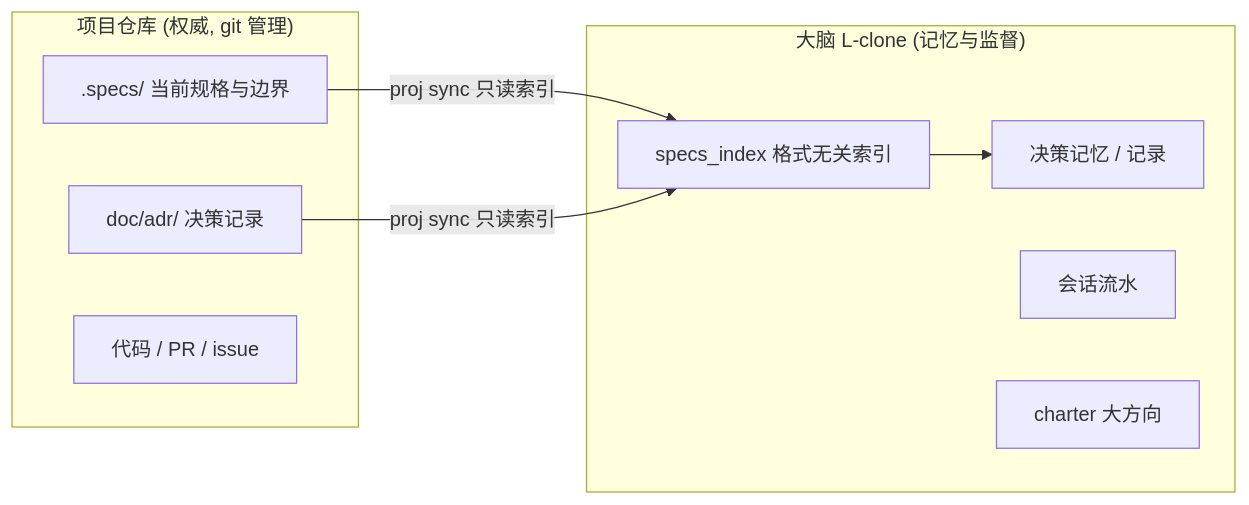
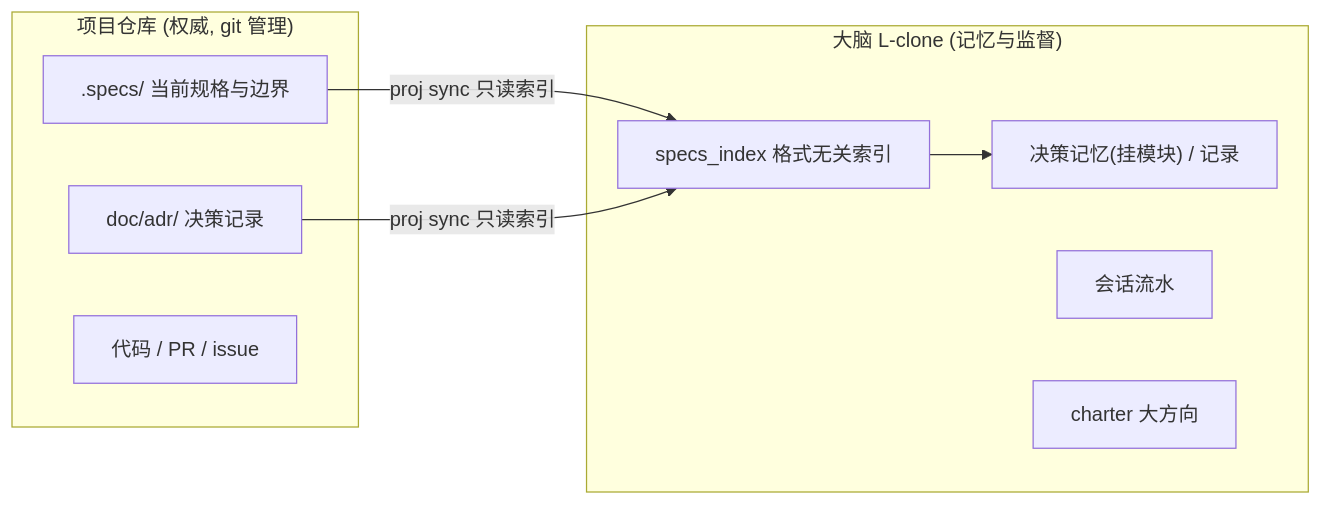
The sixth of 6 diagrams in docs/ARCHITECTURE.md (ljzRober/L-clone), drawn with Mermaid before and after one commit. The commit also changed other lines of this file and 16 other files, not shown here.

````diff
--- a/docs/ARCHITECTURE.md
+++ b/docs/ARCHITECTURE.md
@@ -193,17 +235,17 @@
 ```mermaid
 flowchart LR
     subgraph PROJECT["项目仓库 (权威, git 管理)"]
         SPEC[".specs/ 当前规格与边界"]
         ADR["doc/adr/ 决策记录"]
         CODE["代码 / PR / issue"]
     end
     subgraph BRAIN["大脑 L-clone (记忆与监督)"]
         IDX["specs_index 格式无关索引"]
-        DEC["决策记忆 / 记录"]
+        DEC["决策记忆(挂模块) / 记录"]
         SES["会话流水"]
         CH["charter 大方向"]
     end
     SPEC -->|"proj sync 只读索引"| IDX
     ADR -->|"proj sync 只读索引"| IDX
     IDX --> DEC
 ```
````
